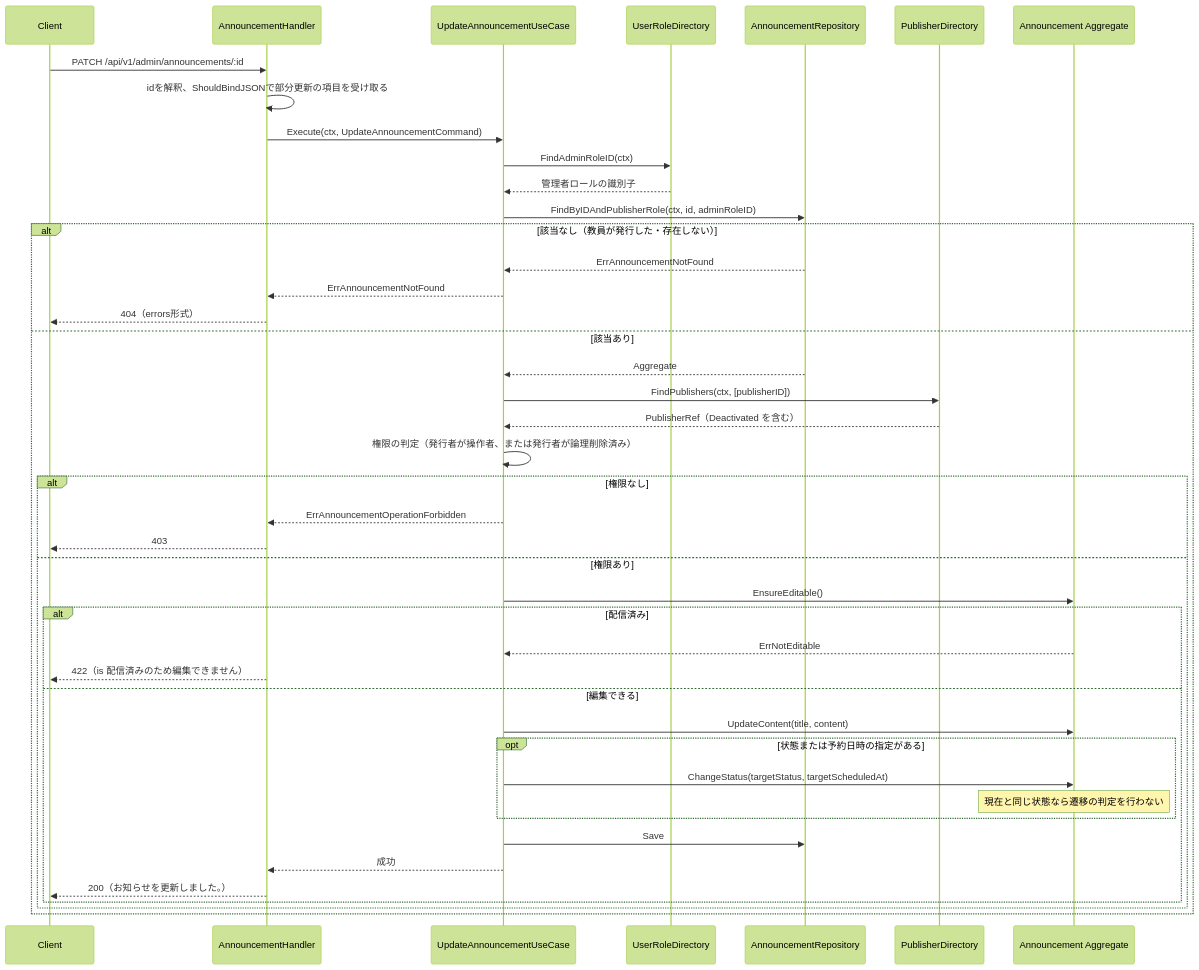
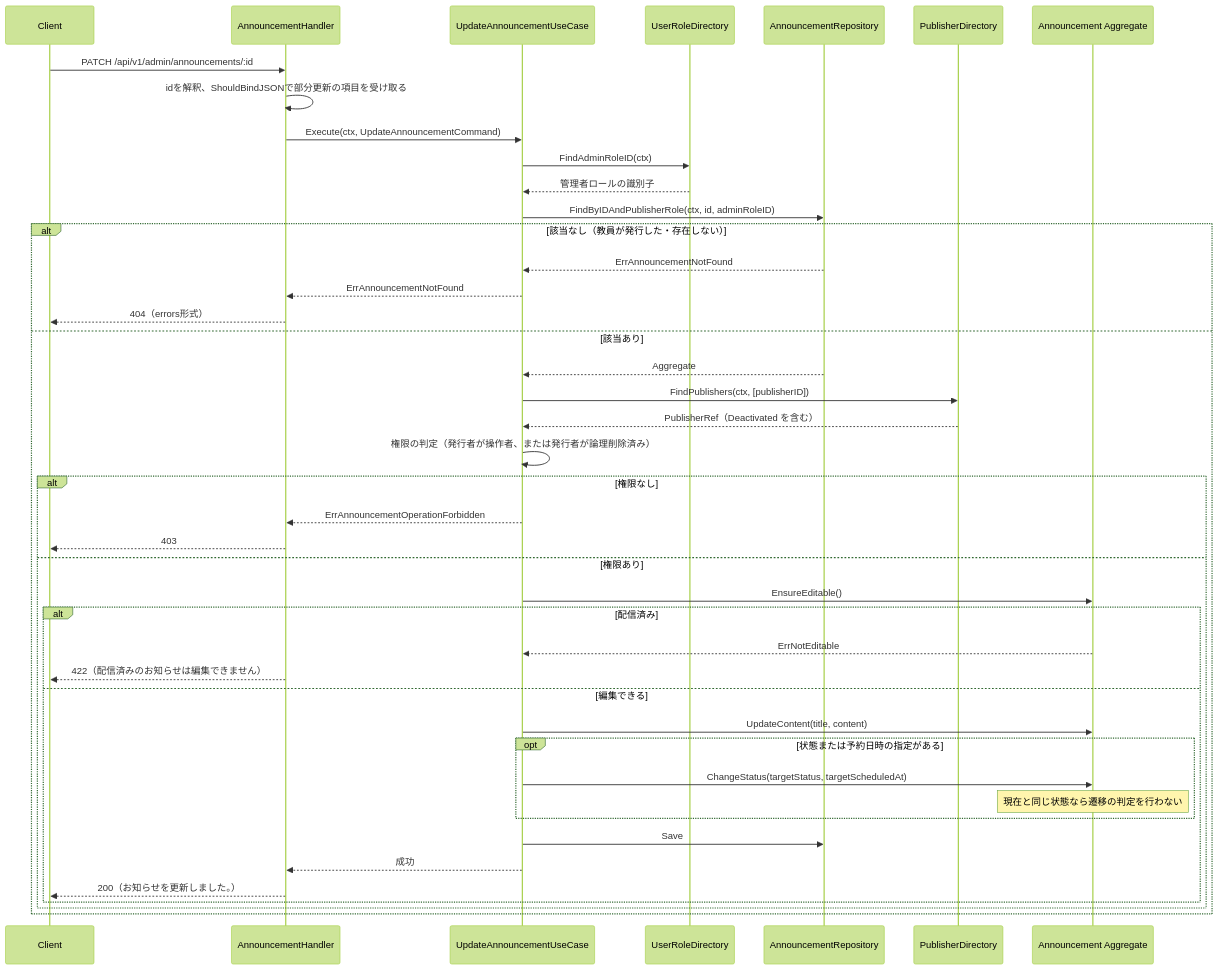
Before and after one commit to yuta20253/edu-platform-go-design: the fourth of 8 diagrams in 計画書/Go実装仕様書/管理者お知らせ管理機能_Go実装仕様書.md, drawn with Mermaid (forest theme). The commit also changed other lines of this file and 71 other files, not shown here.

````diff
--- a/計画書/Go実装仕様書/管理者お知らせ管理機能_Go実装仕様書.md
+++ b/計画書/Go実装仕様書/管理者お知らせ管理機能_Go実装仕様書.md
@@ -597,46 +597,46 @@
 ```mermaid
 sequenceDiagram
     participant C as Client
     participant H as AnnouncementHandler
     participant U as UpdateAnnouncementUseCase
     participant RD as UserRoleDirectory
     participant R as AnnouncementRepository
     participant PD as PublisherDirectory
     participant A as Announcement Aggregate
 
     C->>H: PATCH /api/v1/admin/announcements/:id
     H->>H: idを解釈、ShouldBindJSONで部分更新の項目を受け取る
     H->>U: Execute(ctx, UpdateAnnouncementCommand)
     U->>RD: FindAdminRoleID(ctx)
     RD-->>U: 管理者ロールの識別子
     U->>R: FindByIDAndPublisherRole(ctx, id, adminRoleID)
     alt 該当なし（教員が発行した・存在しない）
         R-->>U: ErrAnnouncementNotFound
         U-->>H: ErrAnnouncementNotFound
         H-->>C: 404（errors形式）
     else 該当あり
         R-->>U: Aggregate
         U->>PD: FindPublishers(ctx, [publisherID])
         PD-->>U: PublisherRef（Deactivated を含む）
         U->>U: 権限の判定（発行者が操作者、または発行者が論理削除済み）
         alt 権限なし
             U-->>H: ErrAnnouncementOperationForbidden
             H-->>C: 403
         else 権限あり
             U->>A: EnsureEditable()
             alt 配信済み
                 A-->>U: ErrNotEditable
-                H-->>C: 422（is 配信済みのため編集できません）
+                H-->>C: 422（配信済みのお知らせは編集できません）
             else 編集できる
                 U->>A: UpdateContent(title, content)
                 opt 状態または予約日時の指定がある
                     U->>A: ChangeStatus(targetStatus, targetScheduledAt)
                     Note over A: 現在と同じ状態なら遷移の判定を行わない
                 end
                 U->>R: Save
                 U-->>H: 成功
                 H-->>C: 200（お知らせを更新しました。）
             end
         end
     end
 ```
````
